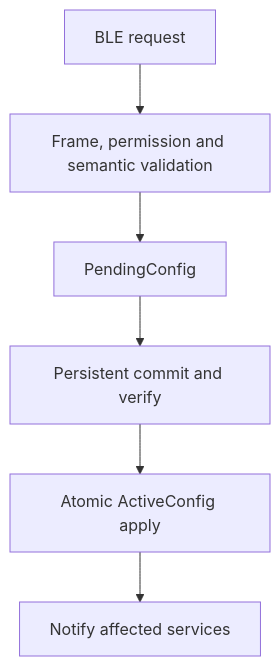
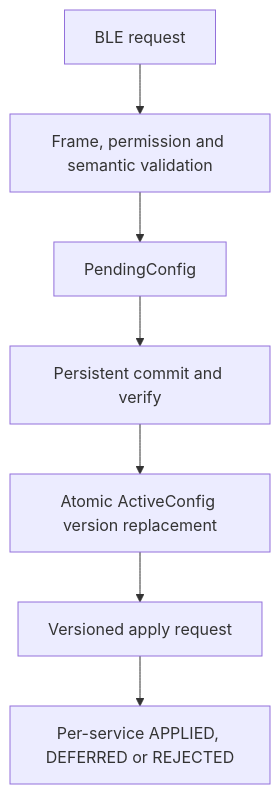
Before and after one commit to whoisLePhuc/smart-water-flow-pressure-monitor: the third of 4 diagrams in 1.docs/00_overview/08_data_flow.md, drawn with Mermaid. The commit also changed other lines of this file and 11 other files, not shown here.

````diff
--- a/1.docs/00_overview/08_data_flow.md
+++ b/1.docs/00_overview/08_data_flow.md
@@ -661,8 +681,9 @@
 ```mermaid
 flowchart TD
     B["BLE request"] --> V["Frame, permission and semantic validation"]
     V --> P["PendingConfig"]
     P --> S["Persistent commit and verify"]
-    S --> A["Atomic ActiveConfig apply"]
-    A --> N["Notify affected services"]
+    S --> A["Atomic ActiveConfig version replacement"]
+    A --> N["Versioned apply request"]
+    N --> R["Per-service APPLIED, DEFERRED or REJECTED"]
 ```
````
